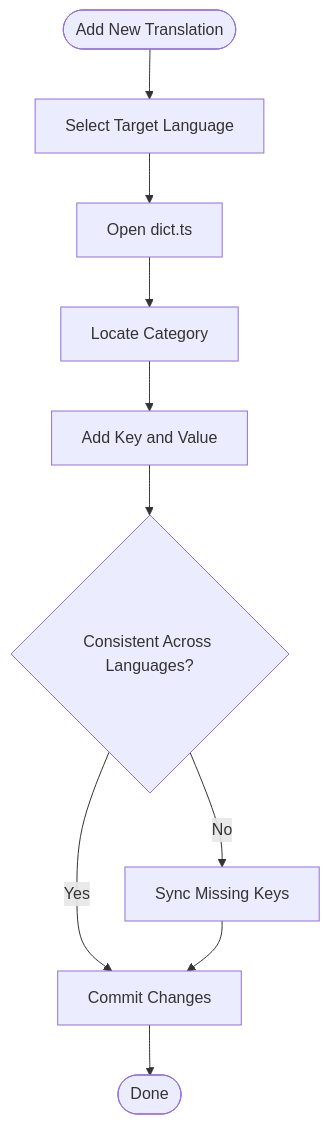
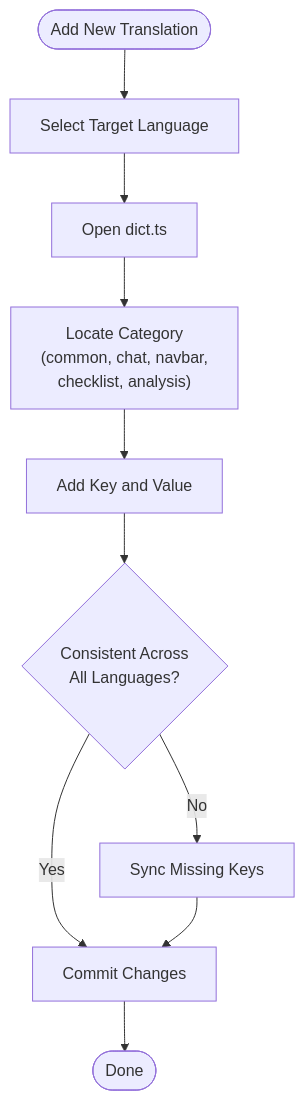
One commit to alibaba-hackathon-fsi/frontend-vaya changed the fourth of 7 diagrams in .qoder/repowiki/en/content/Internationalization.md. Above: the diagram before and after it, drawn with Mermaid. The commit also changed other lines of this file and 36 other files, not shown here.

````diff
--- a/.qoder/repowiki/en/content/Internationalization.md
+++ b/.qoder/repowiki/en/content/Internationalization.md
@@ -176,12 +207,12 @@
 ```mermaid
 flowchart TD
 Start(["Add New Translation"]) --> ChooseLang["Select Target Language"]
 ChooseLang --> OpenDict["Open dict.ts"]
-OpenDict --> LocateCategory["Locate Category"]
+OpenDict --> LocateCategory["Locate Category<br/>(common, chat, navbar,<br/>checklist, analysis)"]
 LocateCategory --> AddKey["Add Key and Value"]
-AddKey --> ValidateConsistency{"Consistent Across Languages?"}
-ValidateConsistency --> |No| SyncMissing["Sync Missing Keys"]
-ValidateConsistency --> |Yes| Commit["Commit Changes"]
+AddKey --> CheckConsistency{"Consistent Across<br/>All Languages?"}
+CheckConsistency --> |No| SyncMissing["Sync Missing Keys"]
+CheckConsistency --> |Yes| Commit["Commit Changes"]
 SyncMissing --> Commit
 Commit --> End(["Done"])
 ```
````
